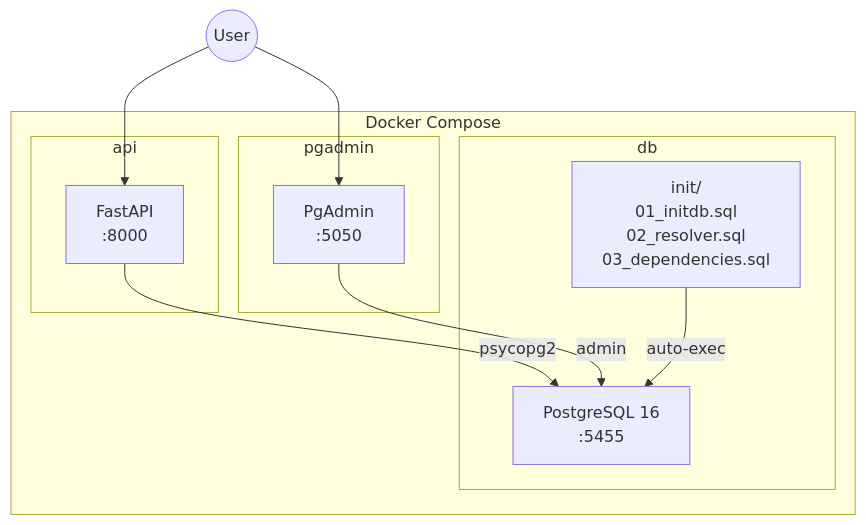
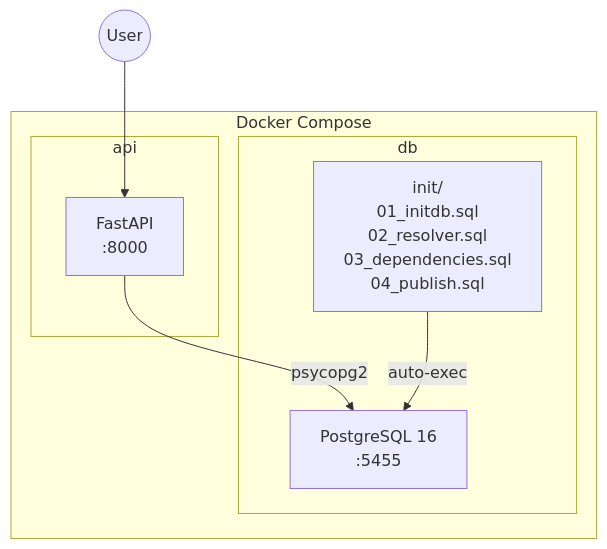
One commit to anfroholic/parameter_version_tester changed the seventh of 9 diagrams in docs/schema.md. Above: the diagram before and after it, drawn with Mermaid. The commit also changed other lines of this file and 1 other file, not shown here.

Commit message:
browse by owner, and update schema

````diff
--- a/docs/schema.md
+++ b/docs/schema.md
@@ -227,24 +284,18 @@
 ```mermaid
 flowchart TB
     subgraph "Docker Compose"
         subgraph "api"
             FASTAPI["FastAPI<br/>:8000"]
         end
 
         subgraph "db"
             PG["PostgreSQL 16<br/>:5455"]
-            INIT["init/<br/>01_initdb.sql<br/>02_resolver.sql<br/>03_dependencies.sql"]
-        end
-
-        subgraph "pgadmin"
-            PGADMIN["PgAdmin<br/>:5050"]
+            INIT["init/<br/>01_initdb.sql<br/>02_resolver.sql<br/>03_dependencies.sql<br/>04_publish.sql"]
         end
     end
 
     FASTAPI -->|psycopg2| PG
-    PGADMIN -->|admin| PG
     INIT -->|auto-exec| PG
 
     USER((User)) --> FASTAPI
-    USER --> PGADMIN
 ```
````
